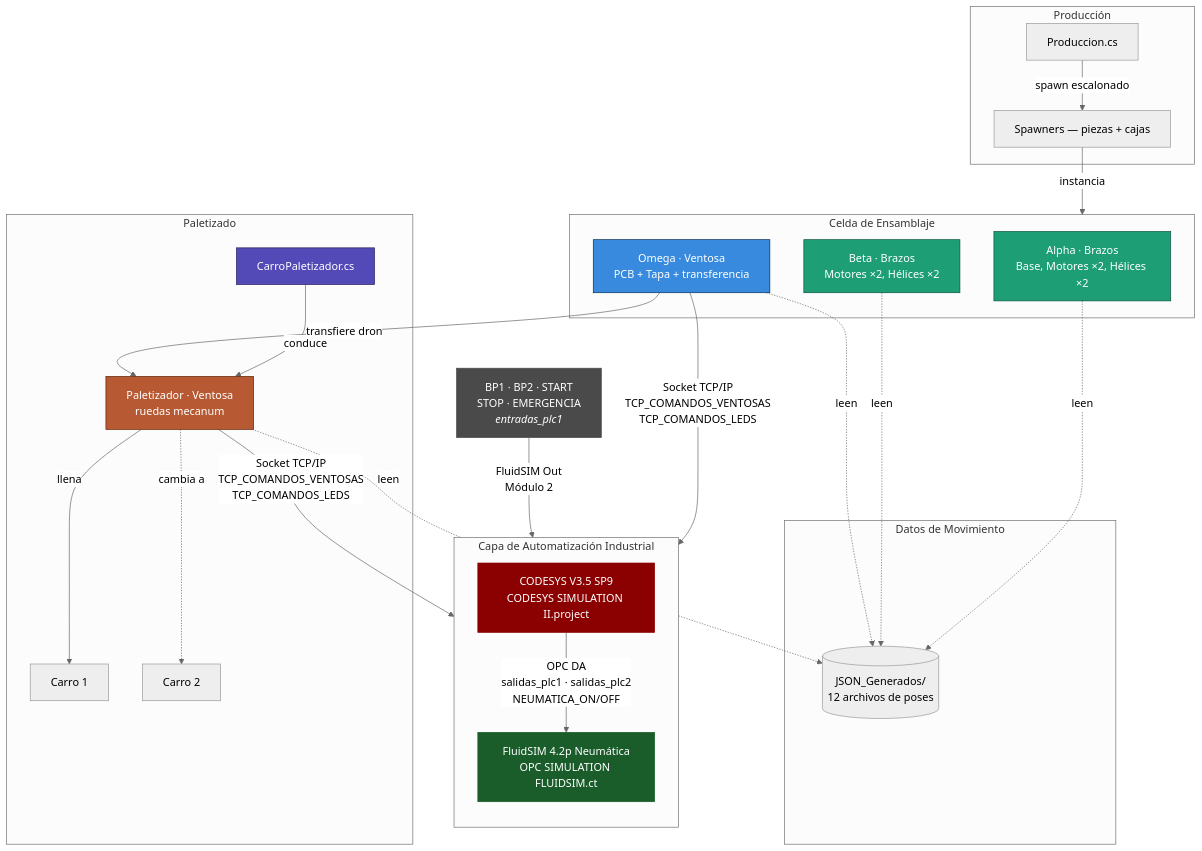
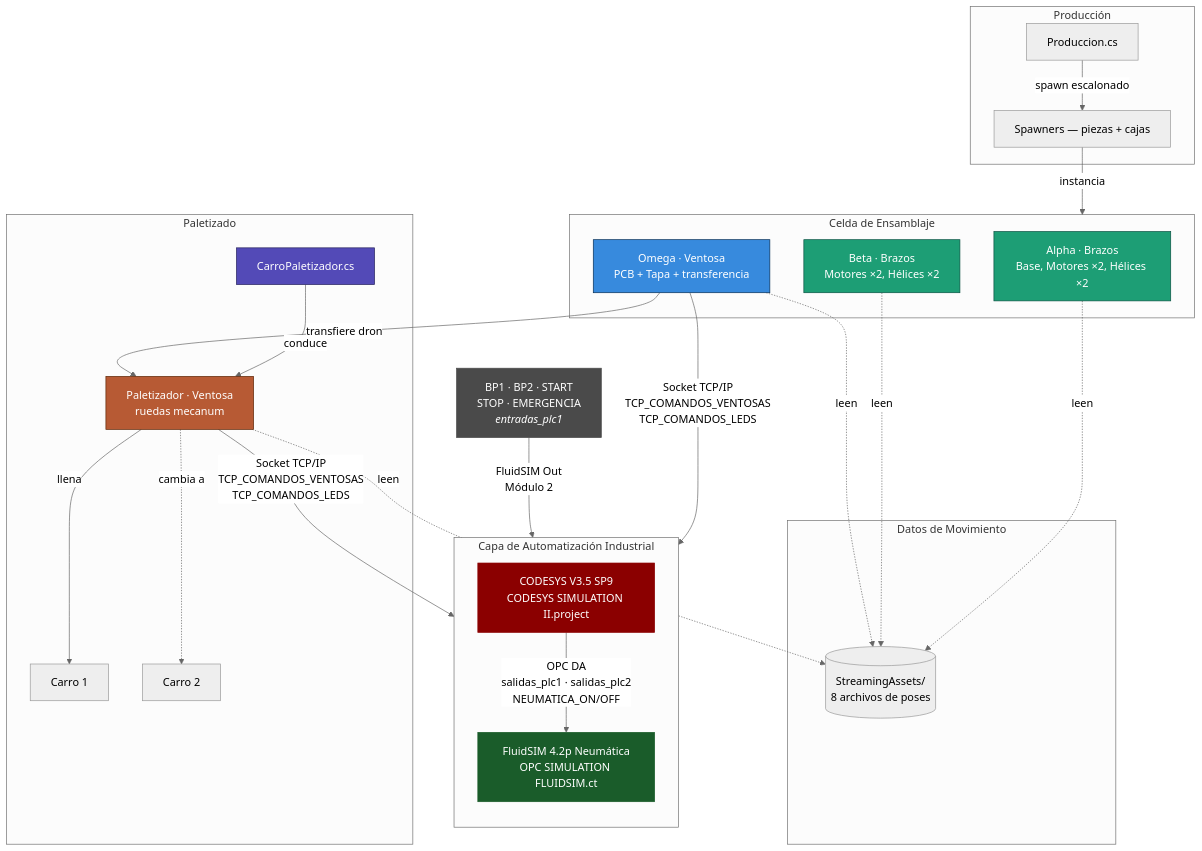
The tenth of 12 diagrams in README.md (jorgefajardom-coder/drone-packaging-simulation-unity), drawn with Mermaid (neutral theme) before and after one commit. The commit also changed other lines of this file, not shown here.

First line of the commit message:
docs: fix diagram errors — JSON count, runtime path, and snap trigger labels

````diff
--- a/README.md
+++ b/README.md
@@ -1558,46 +1558,46 @@
 ```mermaid
 graph TB
     subgraph EXT["Capa de Automatización Industrial"]
         direction TB
         PLC["CODESYS V3.5 SP9<br/>CODESYS SIMULATION II.project"]
         OPC["FluidSIM 4.2p Neumática<br/>OPC SIMULATION FLUIDSIM.ct"]
         PLC -->|"OPC DA<br/>salidas_plc1 · salidas_plc2<br/>NEUMATICA_ON/OFF"| OPC
     end
 
     subgraph PROD["Producción"]
         P[Produccion.cs] -->|spawn escalonado| SP[Spawners — piezas + cajas]
     end
 
     subgraph JSON["Datos de Movimiento"]
-        JF[(JSON_Generados/<br/>12 archivos de poses)]
+        JF[(StreamingAssets/<br/>8 archivos de poses)]
     end
 
     subgraph ASSEMBLY["Celda de Ensamblaje"]
         B1[Alpha · Brazos<br/>Base, Motores ×2, Hélices ×2]
         B2[Beta · Brazos<br/>Motores ×2, Hélices ×2]
         B3[Omega · Ventosa<br/>PCB + Tapa + transferencia]
     end
 
     subgraph PALLET["Paletizado"]
         CARRO[CarroPaletizador.cs] -->|conduce| B4[Paletizador · Ventosa<br/>ruedas mecanum]
         B4 -->|llena| C1[Carro 1]
         B4 -.->|cambia a| C2[Carro 2]
     end
 
     HW["BP1 · BP2 · START<br/>STOP · EMERGENCIA<br/><i>entradas_plc1</i>"]
 
     SP -->|instancia| ASSEMBLY
     B1 & B2 & B3 & B4 -. leen .-> JF
     B3 -->|transfiere dron| B4
     B3 & B4 -->|"Socket TCP/IP<br/>TCP_COMANDOS_VENTOSAS<br/>TCP_COMANDOS_LEDS"| PLC
     HW -->|"FluidSIM Out<br/>Módulo 2"| PLC
 
     style B1 fill:#1D9E75,stroke:#085041,color:#fff
     style B2 fill:#1D9E75,stroke:#085041,color:#fff
     style B3 fill:#378ADD,stroke:#042C53,color:#fff
     style B4 fill:#B75A34,stroke:#5C2506,color:#fff
     style CARRO fill:#534AB7,stroke:#26215C,color:#fff
     style PLC fill:#8b0000,color:#fff,stroke:#8b0000
     style OPC fill:#1a5c2a,color:#fff,stroke:#1a5c2a
     style HW fill:#4a4a4a,color:#fff,stroke:#4a4a4a
 ```
````
